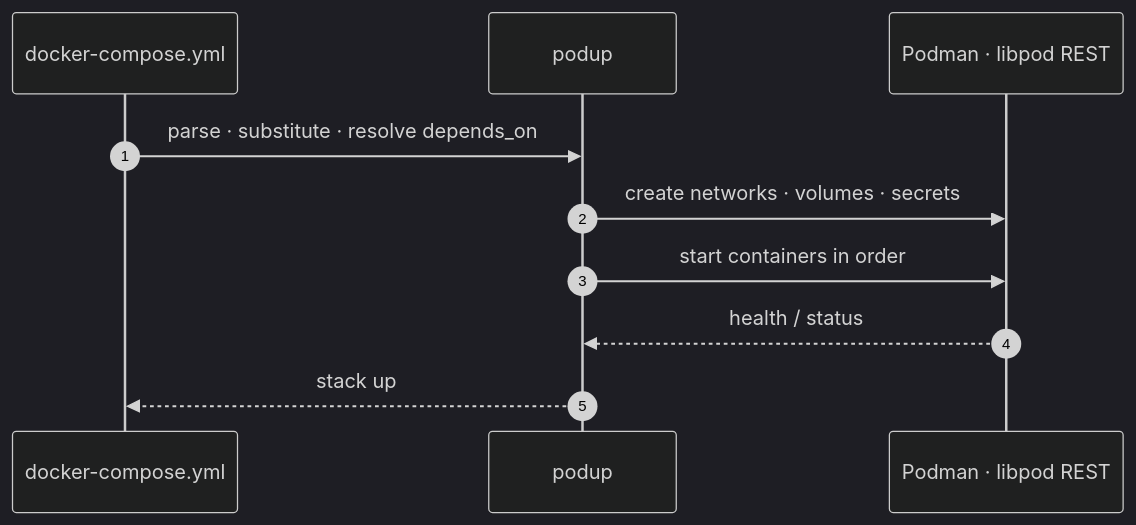
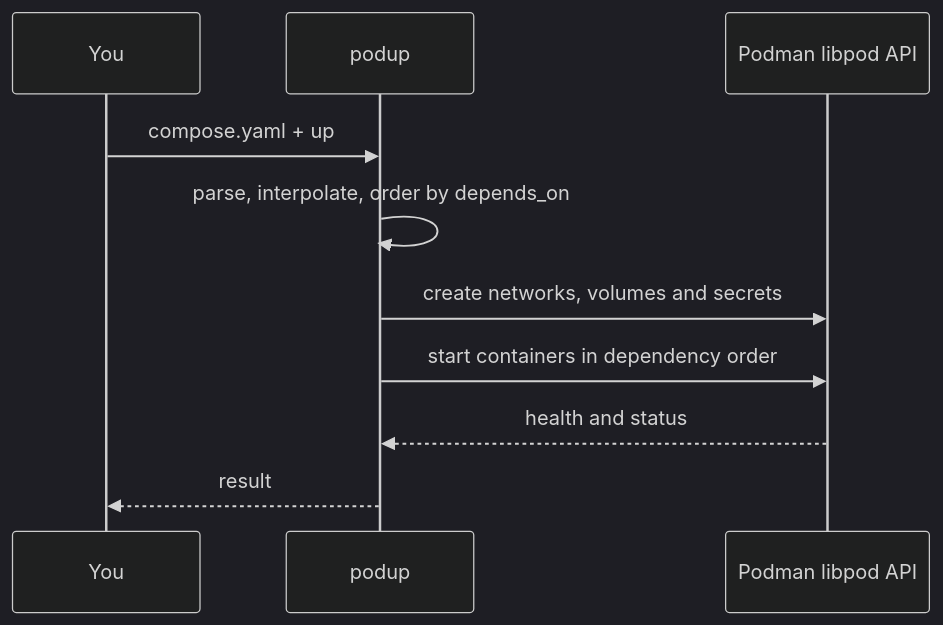
One commit to Glyndor/podup changed the diagram in README.md. Above: the diagram before and after it, drawn with Mermaid (dark theme). The commit also changed other lines of this file and 13 other files, not shown here.

````diff
--- a/README.md
+++ b/README.md
@@ -226,12 +86,12 @@
 ```mermaid
 sequenceDiagram
-    autonumber
-    participant Y as docker-compose.yml
+    participant U as You
     participant P as podup
-    participant L as Podman · libpod REST
-    Y->>P: parse · substitute · resolve depends_on
-    P->>L: create networks · volumes · secrets
-    P->>L: start containers in order
-    L-->>P: health / status
-    P-->>Y: stack up
+    participant L as Podman libpod API
+    U->>P: compose.yaml + up
+    P->>P: parse, interpolate, order by depends_on
+    P->>L: create networks, volumes and secrets
+    P->>L: start containers in dependency order
+    L-->>P: health and status
+    P-->>U: result
 ```
````
